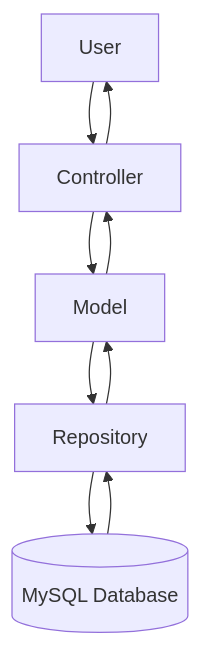
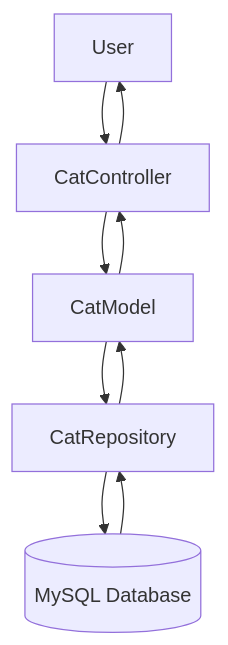
Before and after one commit to mehtapparkinson/CATalogue: the diagram in README.md, drawn with Mermaid.

Commit message:
mermaid update

````diff
--- a/README.md
+++ b/README.md
@@ -114,11 +114,11 @@
 ```mermaid
 graph TD;
-    User-->Controller;
-    Controller-->Model;
-    Model-->Repository;
-    Repository-->Database[(MySQL Database)];
-    Database-->Repository;
-    Repository-->Model;
-    Model-->Controller;
-    Controller-->User;
+    User-->CatController;
+    CatController-->CatModel;
+    CatModel-->CatRepository;
+    CatRepository-->Database[(MySQL Database)];
+    Database-->CatRepository;
+    CatRepository-->CatModel;
+    CatModel-->CatController;
+    CatController-->User;
 ```
````
